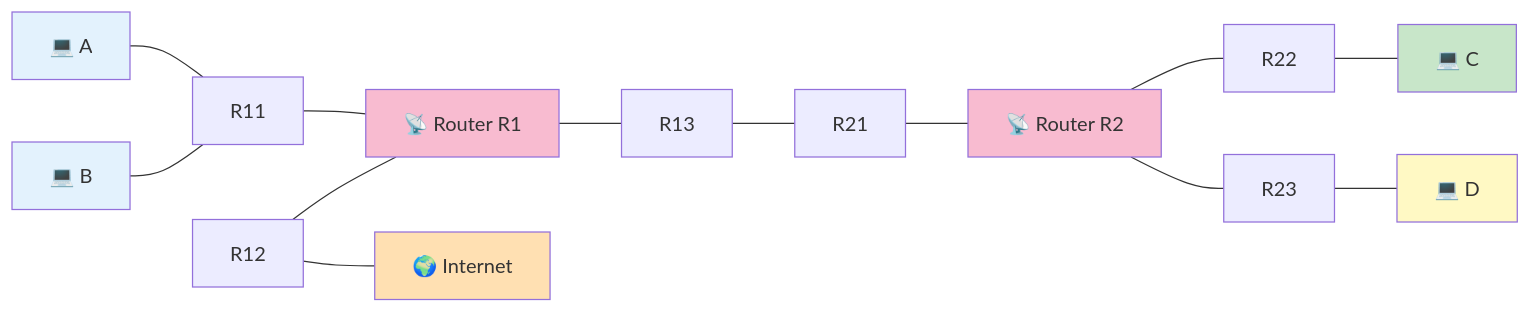
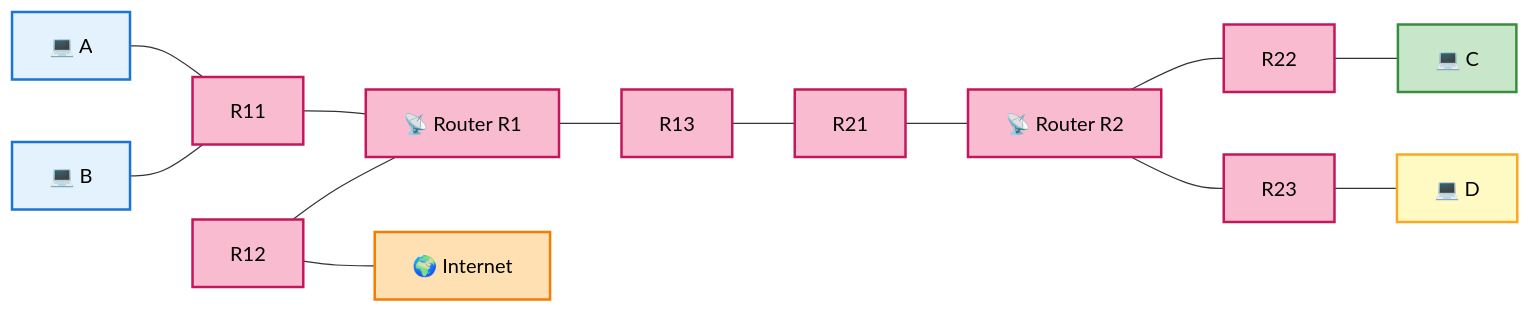
Before and after one commit to Tsunanko/netpractice-guide: the diagram in docs/02-levels/level9.md, drawn with Mermaid. The commit also changed other lines of this file, not shown here.

Commit message:
Add 5-core summary to Level 9 and migrate topology to classDef
Apply the same template established by L6/L7/L8 to Level 9, the first
of the boss levels. The existing 5-step decomposition is excellent and
intentionally untouched; only adding a high-level summary at the top
and migrating the topology Mermaid for dark-mode safety.

- New 「🌟 このレベルで腑に落ちる 5 つの核心」 right after the
  「このレベルで身につくこと」 list:
  (1) Don't get overwhelmed by 6 goals — divide and conquer
  (2) Reason from the chain of fixed values
  (3) ⭐ Internet routes must be split per-LAN, not aggregated to /0
      (contrasts with L10 where /0 works)
  (4) Directly-connected routes are not written
  (5) Complex problems = "split + reverse-engineer" template
- Topology Mermaid migrated from inline `style A fill:` to classDef
  with explicit `color:#000` (dark-mode safe per project rule)

````diff
--- a/docs/02-levels/level9.md
+++ b/docs/02-levels/level9.md
@@ -35,23 +49,27 @@
 ```mermaid
 flowchart LR
     A[💻 A] --- R11[R11]
     B[💻 B] --- R11
     R11 --- R1[📡 Router R1]
     R12[R12] --- R1
     R12 --- I[🌍 Internet]
     R1 --- R13[R13]
     R13 --- R21[R21]
     R21 --- R2[📡 Router R2]
     R2 --- R22[R22]
     R22 --- C[💻 C]
     R2 --- R23[R23]
     R23 --- D[💻 D]
 
-    style A fill:#E3F2FD
-    style B fill:#E3F2FD
-    style C fill:#C8E6C9
-    style D fill:#FFF9C4
-    style R1 fill:#F8BBD0
-    style R2 fill:#F8BBD0
-    style I fill:#FFE0B2
+    classDef hostAB fill:#E3F2FD,stroke:#1976D2,color:#000,stroke-width:2px
+    classDef hostC fill:#C8E6C9,stroke:#388E3C,color:#000,stroke-width:2px
+    classDef hostD fill:#FFF9C4,stroke:#F9A825,color:#000,stroke-width:2px
+    classDef router fill:#F8BBD0,stroke:#C2185B,color:#000,stroke-width:2px
+    classDef internet fill:#FFE0B2,stroke:#F57C00,color:#000,stroke-width:2px
+
+    class A,B hostAB
+    class C hostC
+    class D hostD
+    class R1,R2,R11,R12,R13,R21,R22,R23 router
+    class I internet
 ```
````
